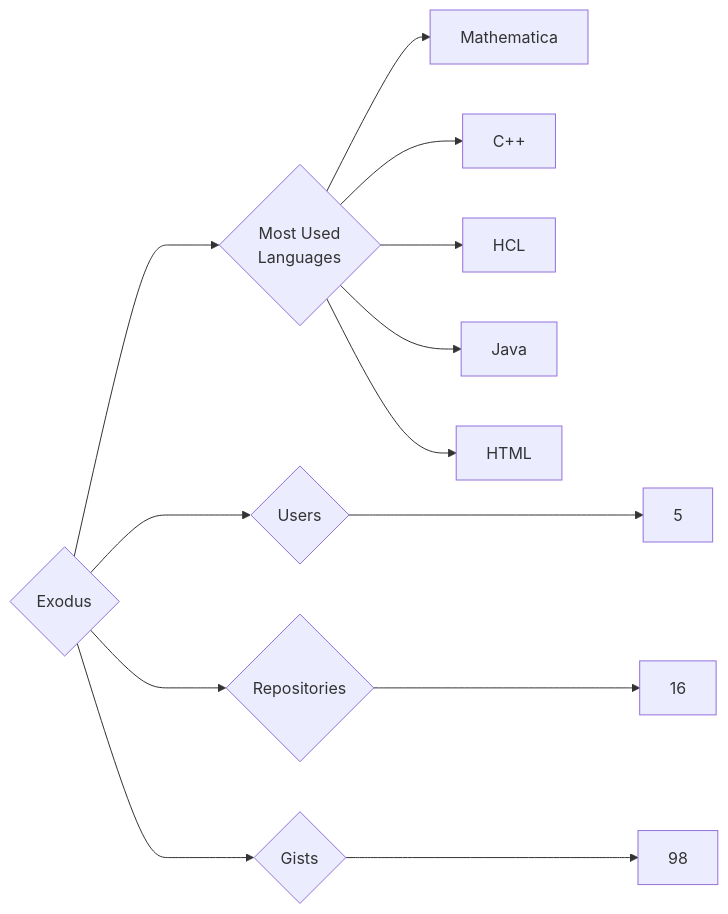
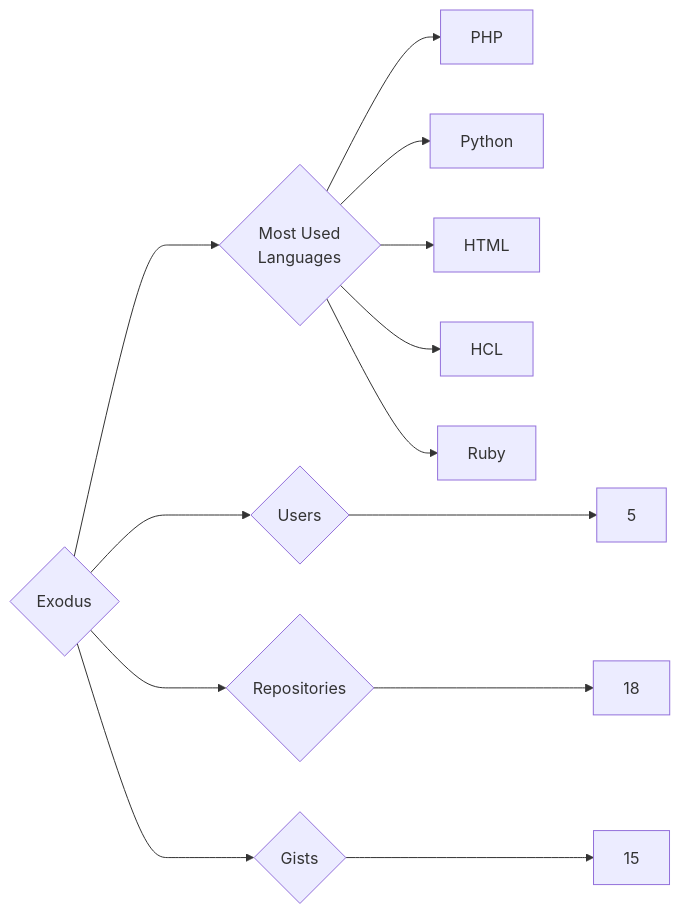
Before and after one commit to trickest/insiders: the diagram in targets/Exodus/README.md, drawn with Mermaid. The commit also changed 1149 other files, not shown here.

````diff
--- a/targets/Exodus/README.md
+++ b/targets/Exodus/README.md
@@ -3,13 +3,13 @@
 ```mermaid
 graph LR
 COMPANY_NAME{Exodus}
 COMPANY_NAME ---> U{Users} ---> UN[5]
-COMPANY_NAME ---> R{Repositories} ---> RN[16]
-COMPANY_NAME ---> G{Gists} ---> GN[98]
+COMPANY_NAME ---> R{Repositories} ---> RN[18]
+COMPANY_NAME ---> G{Gists} ---> GN[15]
 COMPANY_NAME ---> ML{Most Used<br>Languages}
-ML --> Mathematica[Mathematica]
-ML --> C++[C++]
+ML --> PHP[PHP]
+ML --> Python[Python]
+ML --> HTML[HTML]
 ML --> HCL[HCL]
-ML --> Java[Java]
-ML --> HTML[HTML]
+ML --> Ruby[Ruby]
 ```
````
